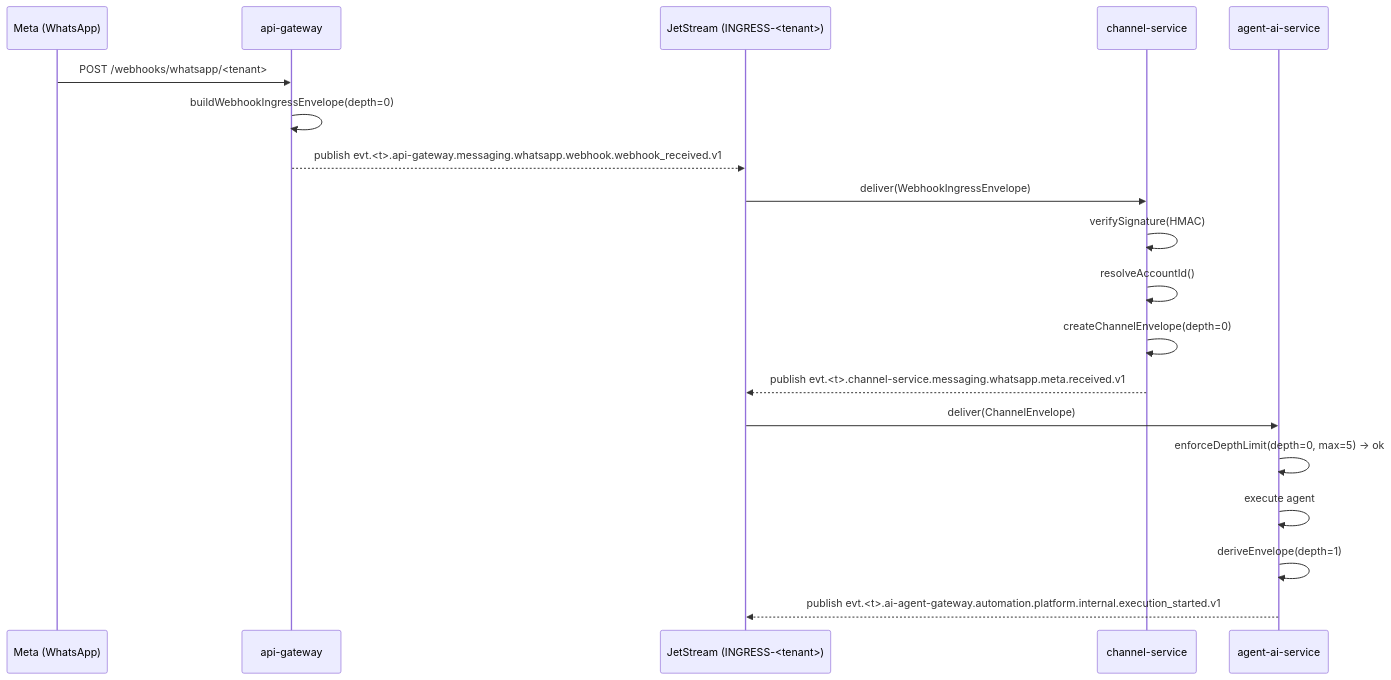
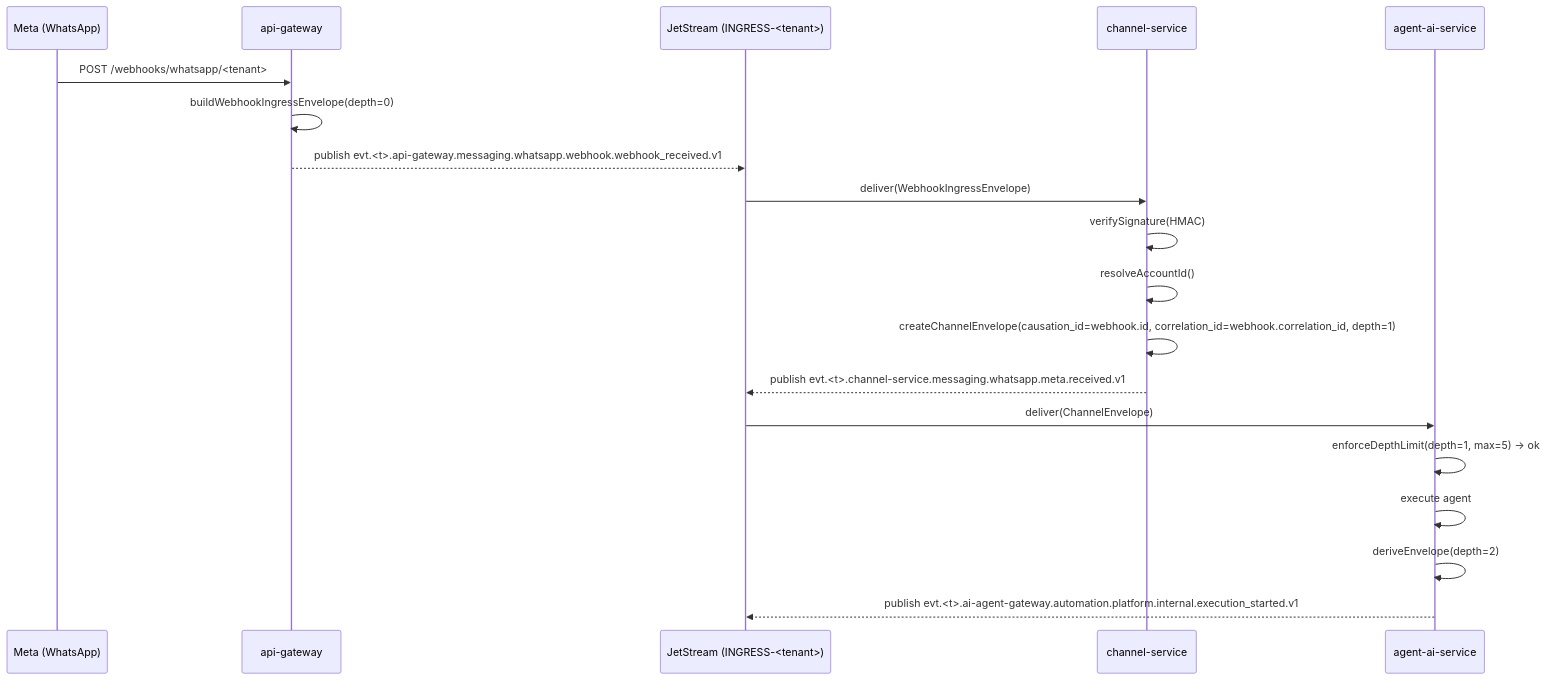
One commit to ccarnero/colloqui changed the diagram in DOCS/messaging/ingress.md. Above: the diagram before and after it, drawn with Mermaid. The commit also changed other lines of this file and 67 other files, not shown here.

````diff
--- a/DOCS/messaging/ingress.md
+++ b/DOCS/messaging/ingress.md
@@ -199,24 +199,24 @@
 ```mermaid
 sequenceDiagram
     participant Meta as Meta (WhatsApp)
     participant GW as api-gateway
     participant JS as JetStream (INGRESS-<tenant>)
     participant CS as channel-service
     participant AG as agent-ai-service
 
     Meta->>GW: POST /webhooks/whatsapp/<tenant>
     GW->>GW: buildWebhookIngressEnvelope(depth=0)
     GW-->>JS: publish evt.<t>.api-gateway.messaging.whatsapp.webhook.webhook_received.v1
 
     JS->>CS: deliver(WebhookIngressEnvelope)
     CS->>CS: verifySignature(HMAC)
     CS->>CS: resolveAccountId()
-    CS->>CS: createChannelEnvelope(depth=0)
+    CS->>CS: createChannelEnvelope(causation_id=webhook.id, correlation_id=webhook.correlation_id, depth=1)
     CS-->>JS: publish evt.<t>.channel-service.messaging.whatsapp.meta.received.v1
 
     JS->>AG: deliver(ChannelEnvelope)
-    AG->>AG: enforceDepthLimit(depth=0, max=5) → ok
+    AG->>AG: enforceDepthLimit(depth=1, max=5) → ok
     AG->>AG: execute agent
-    AG->>AG: deriveEnvelope(depth=1)
+    AG->>AG: deriveEnvelope(depth=2)
     AG-->>JS: publish evt.<t>.ai-agent-gateway.automation.platform.internal.execution_started.v1
 ```
````
